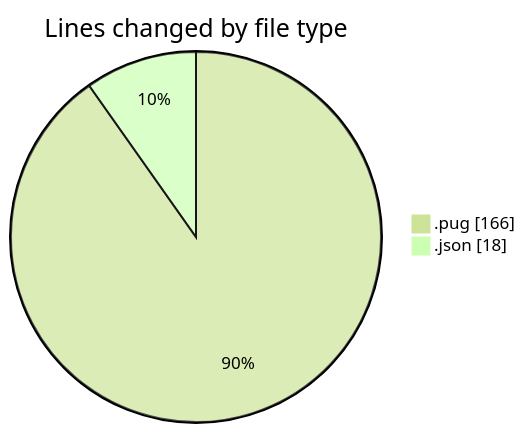
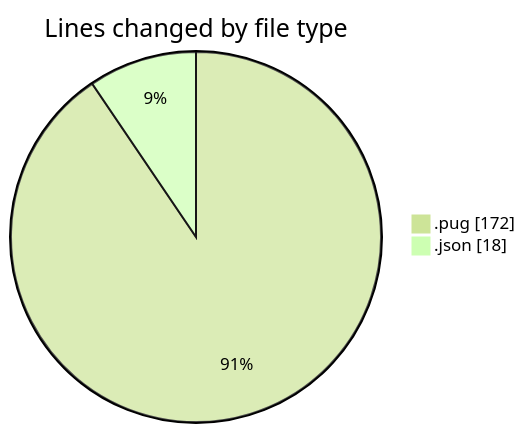
Before and after one commit to momahboobian/code-tracking: the first of 2 diagrams in 2025-11-03/cda/README.md, drawn with Mermaid (forest theme). The commit also changed other lines of this file and 1 other file, not shown here.

````diff
--- a/2025-11-03/cda/README.md
+++ b/2025-11-03/cda/README.md
@@ -21,6 +21,6 @@
 ```mermaid
 pie showData
 title Lines changed by file type
-".pug" : 166
+".pug" : 172
 ".json" : 18
 ```
````
